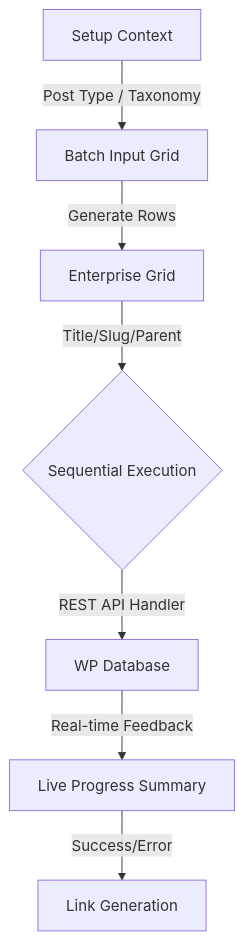
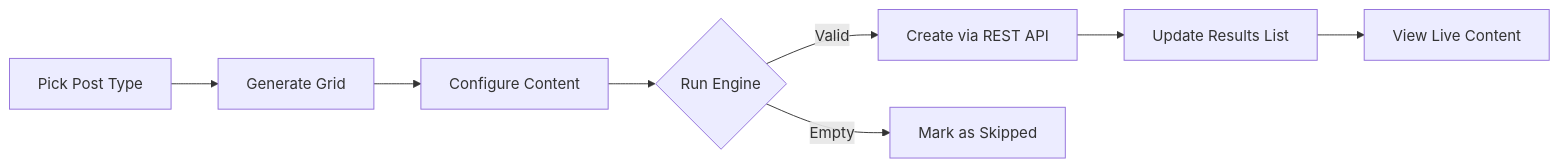
Before and after one commit to boopathirbk/wp-bulk-pages-generator: the diagram in readme.md, drawn with Mermaid. The commit also changed other lines of this file and 1 other file, not shown here.

First line of the commit message:
Add GitHub link and revamp README

````diff
--- a/readme.md
+++ b/readme.md
@@ -53,9 +97,10 @@
 ```mermaid
-graph TD
-    A[Setup Context] -->|Post Type / Taxonomy| B[Batch Input Grid]
-    B -->|Generate Rows| C[Enterprise Grid]
-    C -->|Title/Slug/Parent| D{Sequential Execution}
-    D -->|REST API Handler| E[WP Database]
-    E -->|Real-time Feedback| F[Live Progress Summary]
-    F -->|Success/Error| G[Link Generation]
+graph LR
+    A[Pick Post Type] --> B[Generate Grid]
+    B --> C[Configure Content]
+    C --> D{Run Engine}
+    D -->|Valid| E[Create via REST API]
+    D -->|Empty| F[Mark as Skipped]
+    E --> G[Update Results List]
+    G --> H[View Live Content]
 ```
````
